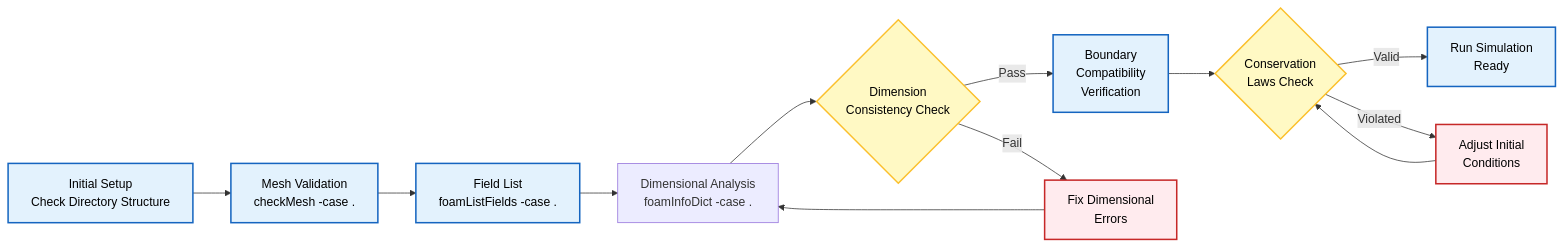
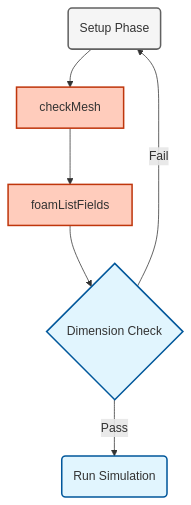
Before and after one commit to wramet/build-my-cfd: the third of 3 diagrams in MODULE_01_CFD_FUNDAMENTALS/CONTENT/01_GOVERNING_EQUATIONS/07_Initial_Conditions.md, drawn with Mermaid. The commit also changed other lines of this file and 313 other files, not shown here.

Commit message:
Revise all diagram

````diff
--- a/MODULE_01_CFD_FUNDAMENTALS/CONTENT/01_GOVERNING_EQUATIONS/07_Initial_Conditions.md
+++ b/MODULE_01_CFD_FUNDAMENTALS/CONTENT/01_GOVERNING_EQUATIONS/07_Initial_Conditions.md
@@ -561,24 +538,17 @@
 ```mermaid
-graph LR
-    A["Initial Setup<br/>Check Directory Structure"] --> B["Mesh Validation<br/>checkMesh -case ."]
-    B --> C["Field List<br/>foamListFields -case ."]
-    C --> D["Dimensional Analysis<br/>foamInfoDict -case ."]
-    D --> E{"Dimension<br/>Consistency Check"}
-    E -->|Pass| F["Boundary<br/>Compatibility<br/>Verification"]
-    E -->|Fail| G["Fix Dimensional<br/>Errors"]
-    F --> H{"Conservation<br/>Laws Check"}
-    H -->|Valid| I["Run Simulation<br/>Ready"]
-    H -->|Violated| J["Adjust Initial<br/>Conditions"]
-    G --> D
-    J --> H
+graph TD
+classDef implicit fill:#e1f5fe,stroke:#01579b,stroke-width:2px
+classDef explicit fill:#ffccbc,stroke:#bf360c,stroke-width:2px
+classDef context fill:#f5f5f5,stroke:#616161,stroke-width:2px
+Start("Setup Phase"):::context
+Mesh["checkMesh"]:::explicit
+Fields["foamListFields"]:::explicit
+Dims{"Dimension Check"}:::implicit
+Run("Run Simulation"):::implicit
 
-    %% Styling Definitions
-    classDef process fill:#e3f2fd,stroke:#1565c0,stroke-width:2px,color:#000;
-    classDef decision fill:#fff9c4,stroke:#fbc02d,stroke-width:2px,color:#000;
-    classDef terminator fill:#ffebee,stroke:#c62828,stroke-width:2px,color:#000;
-    classDef storage fill:#e8f5e9,stroke:#2e7d32,stroke-width:2px,color:#000;
-
-    class A,B,C,F,I process;
-    class E,H decision;
-    class G,J terminator;
+Start --> Mesh
+Mesh --> Fields
+Fields --> Dims
+Dims -- Pass --> Run
+Dims -- Fail --> Start
 ```
````
